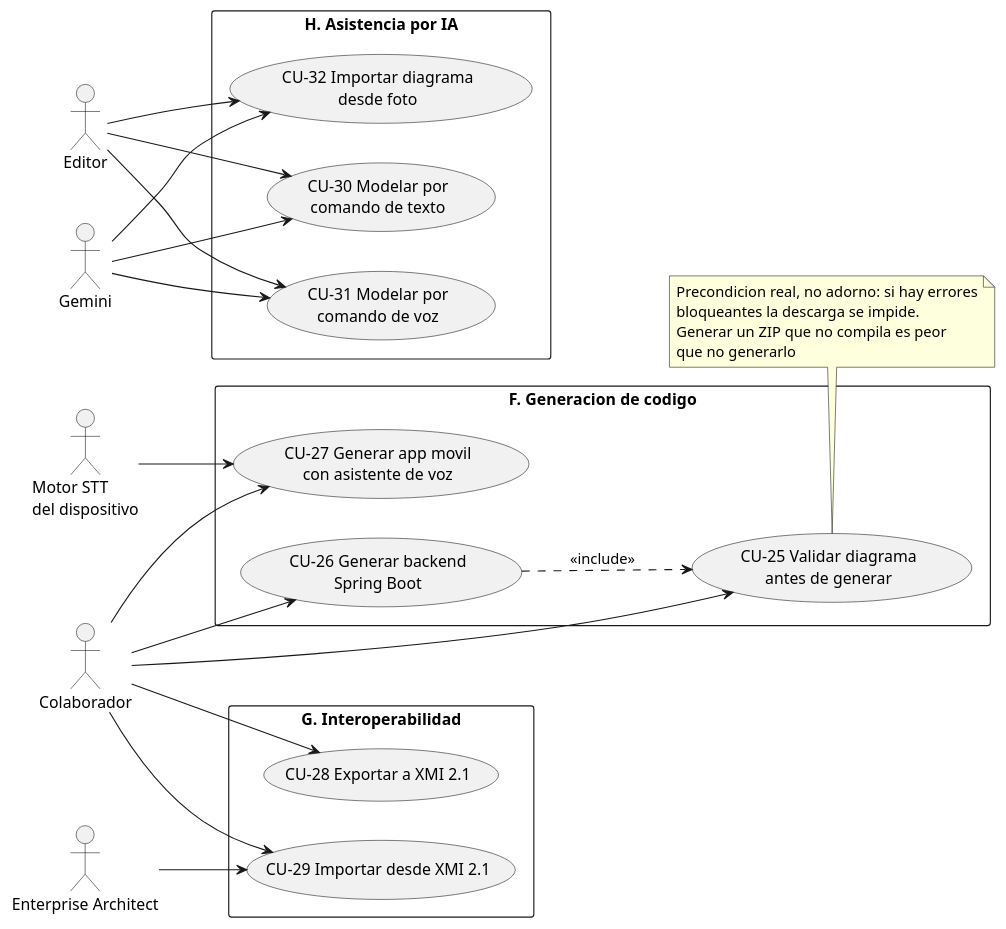
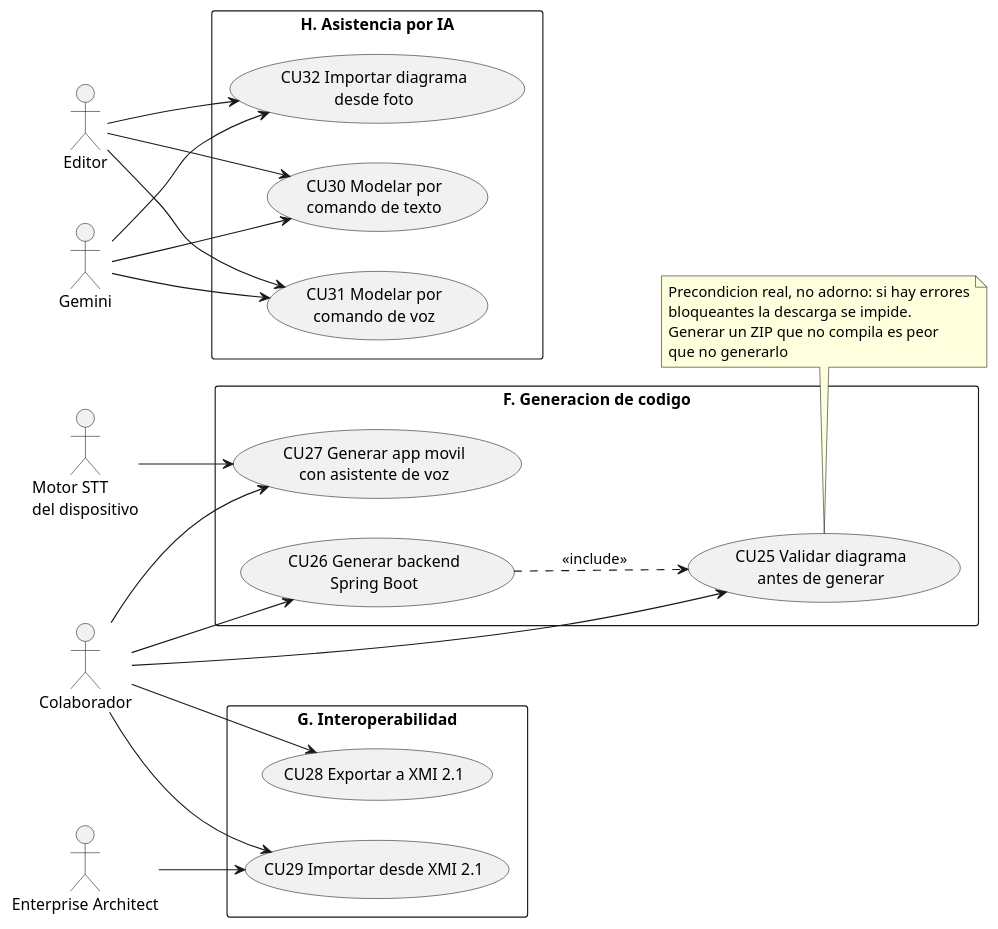
One commit to daniel-ol5/diagramacolaborativo changed the diagram in docs/puds/diagramas/casos-de-uso-generacion.puml. Above: the diagram before and after it, drawn with PlantUML. The commit also changed 6 other files, not shown here.

```diff
--- a/docs/puds/diagramas/casos-de-uso-generacion.puml
+++ b/docs/puds/diagramas/casos-de-uso-generacion.puml
@@ -1,50 +1,50 @@
 @startuml casos-de-uso-generacion
 ' Paquetes F, G y H - Generacion, interoperabilidad e IA
 left to right direction
 
 actor "Colaborador" as C
 actor "Editor" as ED
 actor "Gemini" as G
 actor "Enterprise Architect" as EA
 actor "Motor STT\ndel dispositivo" as STT
 
 rectangle "F. Generacion de codigo" {
-  usecase "CU-25 Validar diagrama\nantes de generar" as CU25
-  usecase "CU-26 Generar backend\nSpring Boot" as CU26
-  usecase "CU-27 Generar app movil\ncon asistente de voz" as CU27
+  usecase "CU25 Validar diagrama\nantes de generar" as CU25
+  usecase "CU26 Generar backend\nSpring Boot" as CU26
+  usecase "CU27 Generar app movil\ncon asistente de voz" as CU27
 }
 
 rectangle "G. Interoperabilidad" {
-  usecase "CU-28 Exportar a XMI 2.1" as CU28
-  usecase "CU-29 Importar desde XMI 2.1" as CU29
+  usecase "CU28 Exportar a XMI 2.1" as CU28
+  usecase "CU29 Importar desde XMI 2.1" as CU29
 }
 
 rectangle "H. Asistencia por IA" {
-  usecase "CU-30 Modelar por\ncomando de texto" as CU30
-  usecase "CU-31 Modelar por\ncomando de voz" as CU31
-  usecase "CU-32 Importar diagrama\ndesde foto" as CU32
+  usecase "CU30 Modelar por\ncomando de texto" as CU30
+  usecase "CU31 Modelar por\ncomando de voz" as CU31
+  usecase "CU32 Importar diagrama\ndesde foto" as CU32
 }
 
 C --> CU25
 C --> CU26
 C --> CU27
 C --> CU28
 C --> CU29
 EA --> CU29
 ED --> CU30
 ED --> CU31
 ED --> CU32
 G --> CU30
 G --> CU31
 G --> CU32
 STT --> CU27
 
 CU26 ..> CU25 : <<include>>
 
 note bottom of CU25
   Precondicion real, no adorno: si hay errores
   bloqueantes la descarga se impide.
   Generar un ZIP que no compila es peor
   que no generarlo
 end note
 @enduml
```
